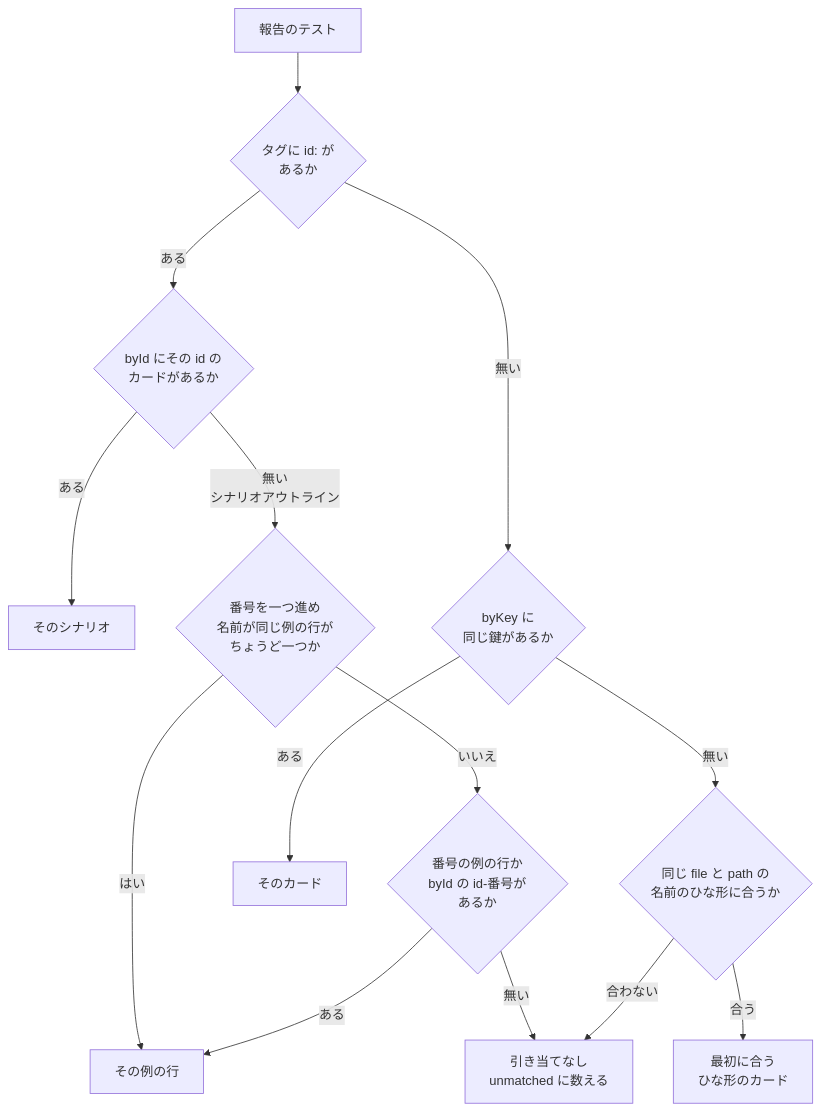
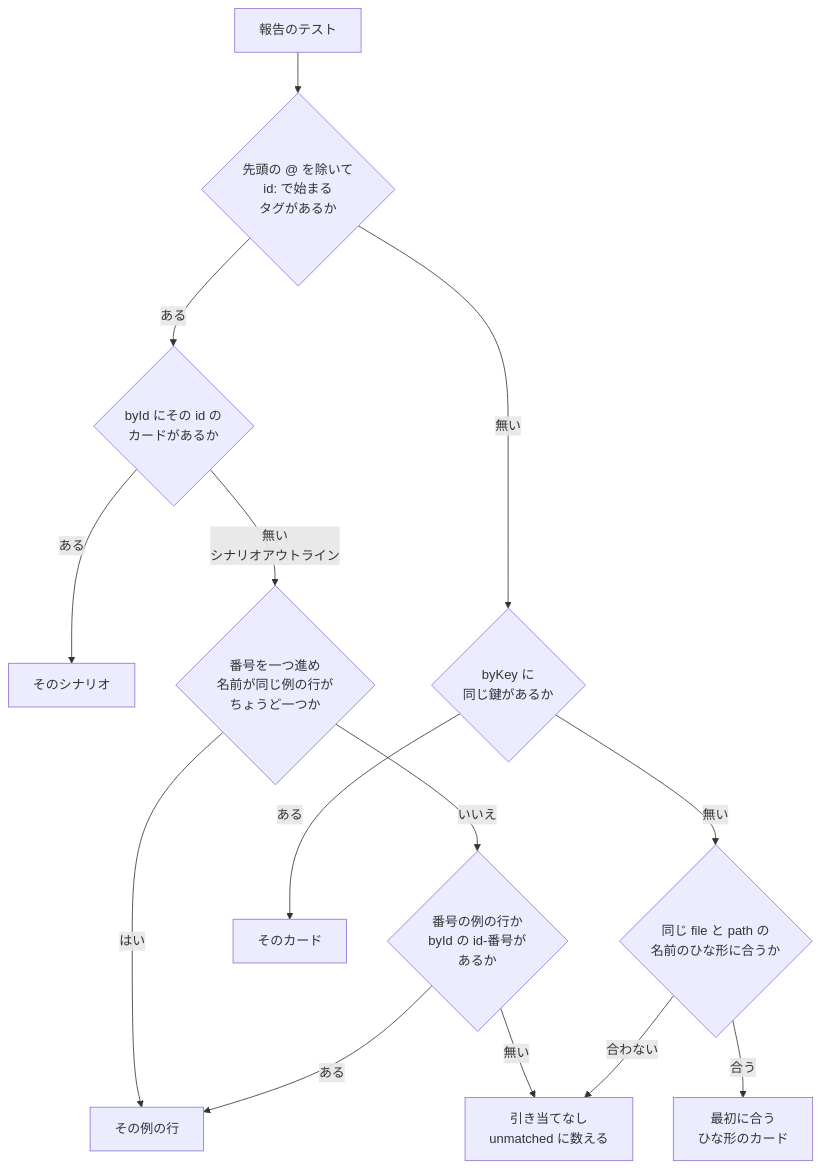
One commit to maronnjapan/maronn-openid-connect changed the fifth of 16 diagrams in apps/tests/docs/03-join.md. Above: the diagram before and after it, drawn with Mermaid. The commit also changed other lines of this file and 11 other files, not shown here.

````diff
--- a/apps/tests/docs/03-join.md
+++ b/apps/tests/docs/03-join.md
@@ -201,16 +257,16 @@
 ```mermaid
 flowchart TB
-  A["報告のテスト"] --> B{"タグに id: が<br/>あるか"}
+  A["報告のテスト"] --> B{"先頭の @ を除いて<br/>id: で始まる<br/>タグがあるか"}
   B -->|"ある"| C{"byId にその id の<br/>カードがあるか"}
   C -->|"ある"| D["そのシナリオ"]
   C -->|"無い<br/>シナリオアウトライン"| E{"番号を一つ進め<br/>名前が同じ例の行が<br/>ちょうど一つか"}
   E -->|"はい"| G["その例の行"]
   E -->|"いいえ"| H{"番号の例の行か<br/>byId の id-番号が<br/>あるか"}
   H -->|"ある"| G
   H -->|"無い"| N["引き当てなし<br/>unmatched に数える"]
   B -->|"無い"| I{"byKey に<br/>同じ鍵があるか"}
   I -->|"ある"| J["そのカード"]
   I -->|"無い"| K{"同じ file と path の<br/>名前のひな形に合うか"}
   K -->|"合う"| L["最初に合う<br/>ひな形のカード"]
   K -->|"合わない"| N
 ```
````
